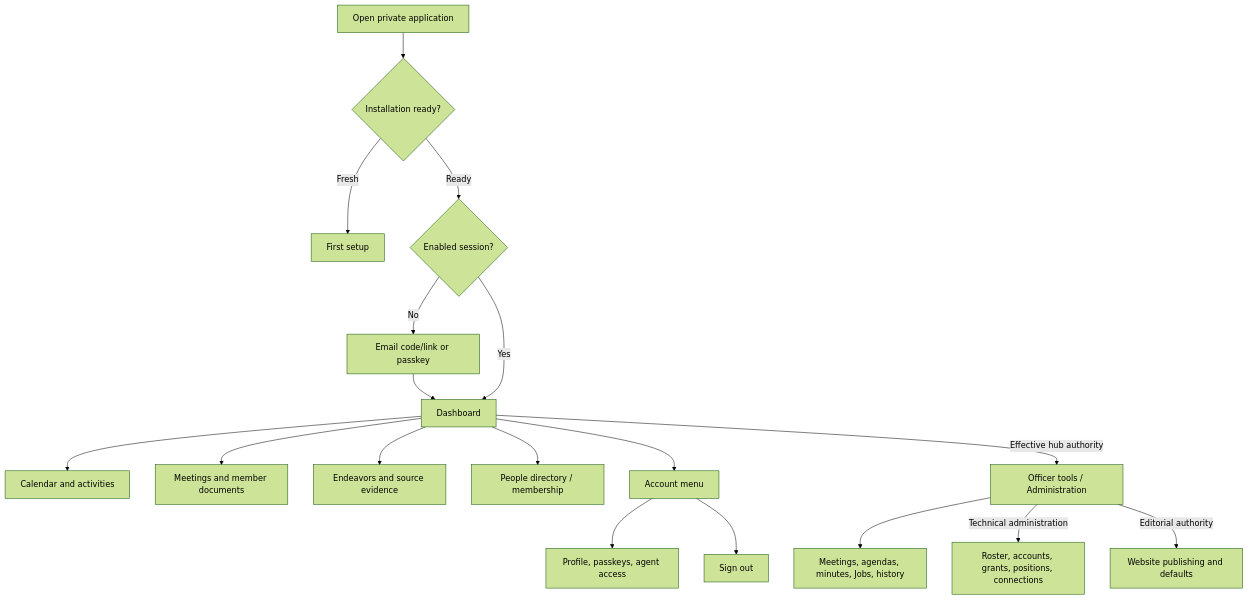
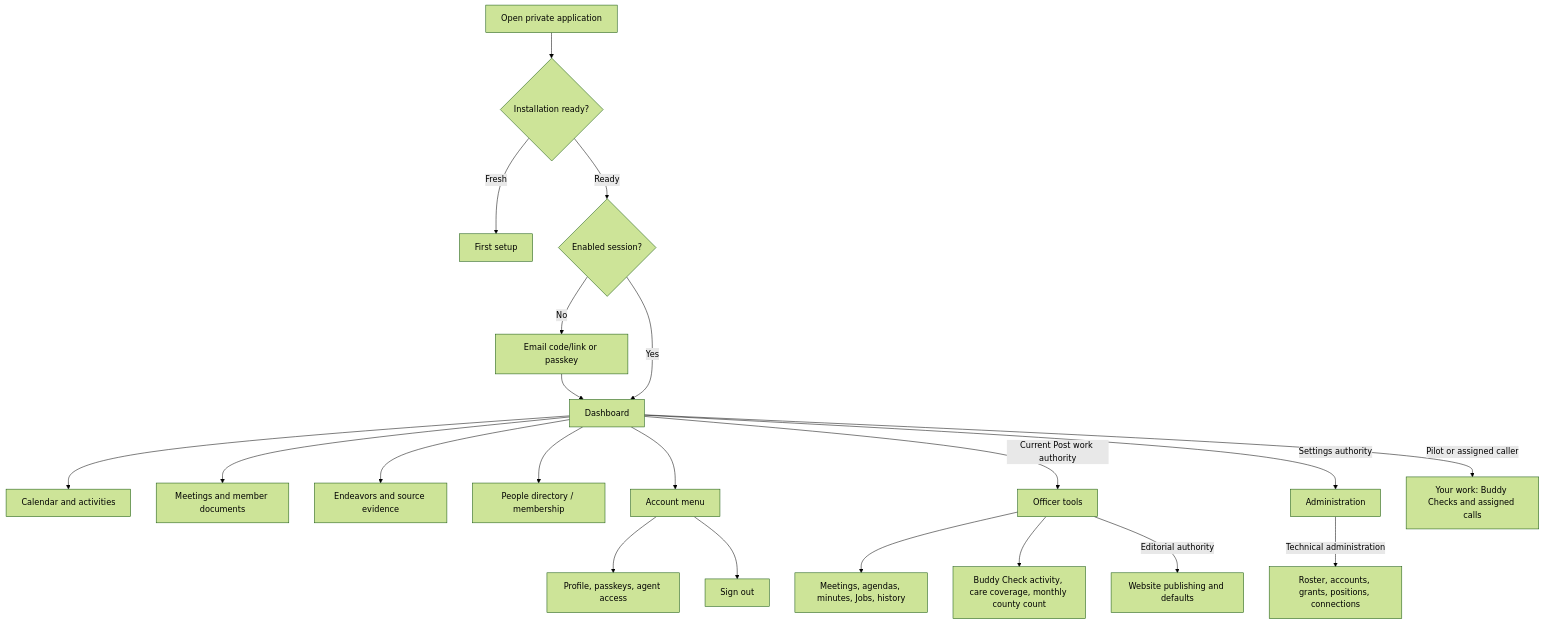
The first of 2 diagrams in docs/APPLICATION_MAP.md (AndreRobitaille/LegionPostTools), drawn with Mermaid (forest theme) before and after one commit. The commit also changed other lines of this file and 106 other files, not shown here.

First line of the commit message:
Separate Buddy Check care workflows from Membership and officer settings

````diff
--- a/docs/APPLICATION_MAP.md
+++ b/docs/APPLICATION_MAP.md
@@ -89,20 +89,23 @@
 ```mermaid
 flowchart TD
   Entry[Open private application] --> Setup{Installation ready?}
   Setup -->|Fresh| First[First setup]
   Setup -->|Ready| Auth{Enabled session?}
   Auth -->|No| SignIn[Email code/link or passkey]
   SignIn --> Dashboard[Dashboard]
   Auth -->|Yes| Dashboard
   Dashboard --> Calendar[Calendar and activities]
   Dashboard --> Meetings[Meetings and member documents]
   Dashboard --> Endeavors[Endeavors and source evidence]
   Dashboard --> People[People directory / membership]
   Dashboard --> Menu[Account menu]
   Menu --> Profile[Profile, passkeys, agent access]
   Menu --> SignOut[Sign out]
-  Dashboard -->|Effective hub authority| Officer[Officer tools / Administration]
+  Dashboard -->|Current Post work authority| Officer[Officer tools]
+  Dashboard -->|Settings authority| Admin[Administration]
+  Dashboard -->|Pilot or assigned caller| Personal[Your work: Buddy Checks and assigned calls]
   Officer --> Work[Meetings, agendas, minutes, Jobs, history]
-  Officer -->|Technical administration| Accounts[Roster, accounts, grants, positions, connections]
+  Officer --> Buddy[Buddy Check activity, care coverage, monthly county count]
+  Admin -->|Technical administration| Accounts[Roster, accounts, grants, positions, connections]
   Officer -->|Editorial authority| Publish[Website publishing and defaults]
 ```
````
